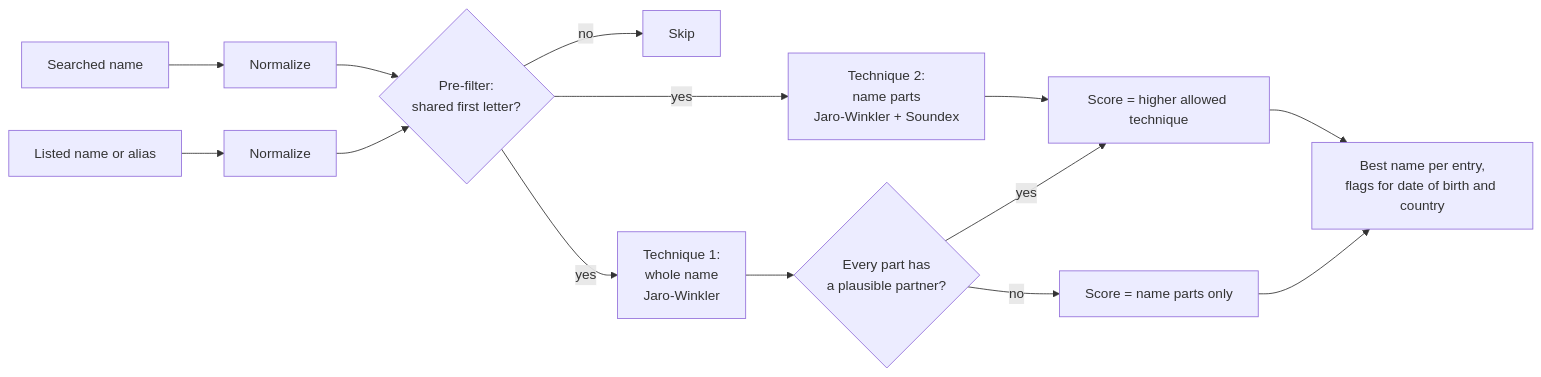
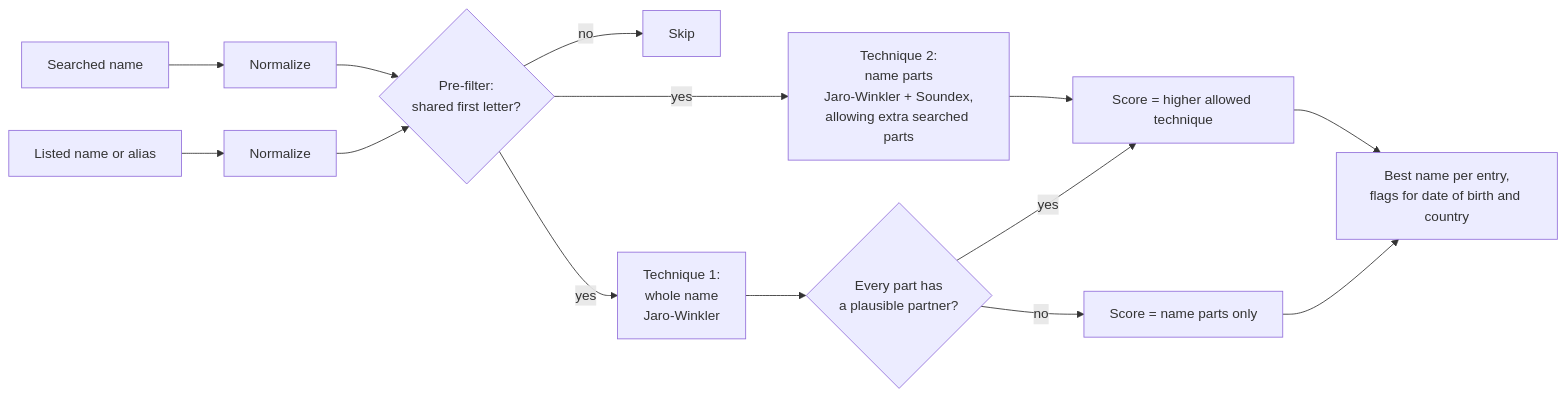
Before and after one commit to krunalsolanki/ofac-match: the diagram in docs/how-scoring-works.md, drawn with Mermaid. The commit also changed other lines of this file and 6 other files, not shown here.

````diff
--- a/docs/how-scoring-works.md
+++ b/docs/how-scoring-works.md
@@ -7,16 +7,16 @@
 ```mermaid
 flowchart LR
     A[Searched name] --> B[Normalize]
     L[Listed name or alias] --> B2[Normalize]
     B --> F{Pre-filter:<br/>shared first letter?}
     B2 --> F
     F -- no --> X[Skip]
     F -- yes --> T1[Technique 1:<br/>whole name<br/>Jaro-Winkler]
-    F -- yes --> T2[Technique 2:<br/>name parts<br/>Jaro-Winkler + Soundex]
+    F -- yes --> T2[Technique 2:<br/>name parts<br/>Jaro-Winkler + Soundex,<br/>allowing extra searched parts]
     T1 --> C{Every part has<br/>a plausible partner?}
     T2 --> S[Score = higher allowed technique]
     C -- yes --> S
     C -- no --> S2[Score = name parts only]
     S --> R[Best name per entry,<br/>flags for date of birth and country]
     S2 --> R
 ```
````
